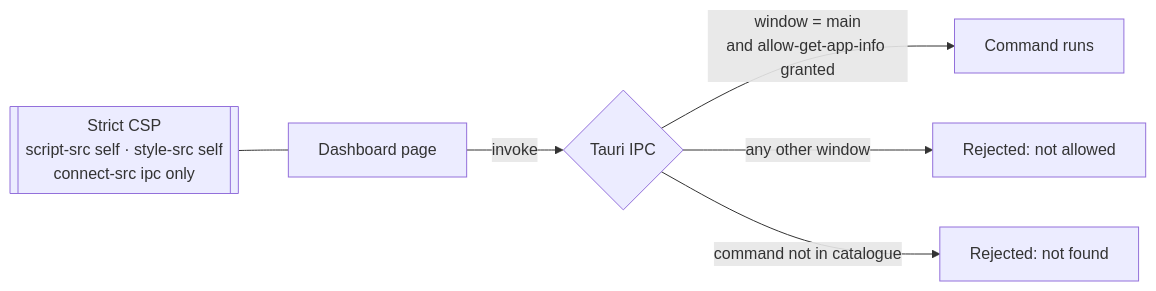
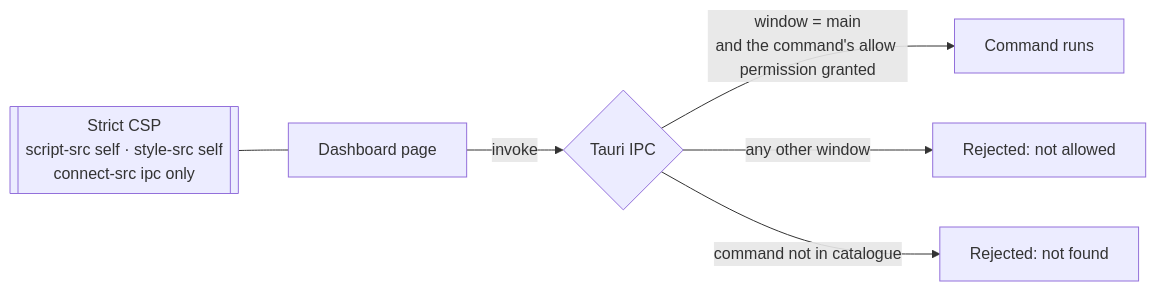
One commit to akanjb/VEYRA changed diagram 16 of 19 in README.md. Above: the diagram before and after it, drawn with Mermaid. The commit also changed other lines of this file and 6 other files, not shown here.

````diff
--- a/README.md
+++ b/README.md
@@ -498,8 +596,8 @@
 ```mermaid
 flowchart LR
   page[Dashboard page] -->|invoke| ipc{Tauri IPC}
-  ipc -->|window = main<br/>and allow-get-app-info granted| ok[Command runs]
+  ipc -->|window = main<br/>and the command's allow permission granted| ok[Command runs]
   ipc -->|any other window| deny1[Rejected: not allowed]
   ipc -->|command not in catalogue| deny2[Rejected: not found]
   csp[["Strict CSP<br/>script-src self · style-src self<br/>connect-src ipc only"]] --- page
 ```
````
